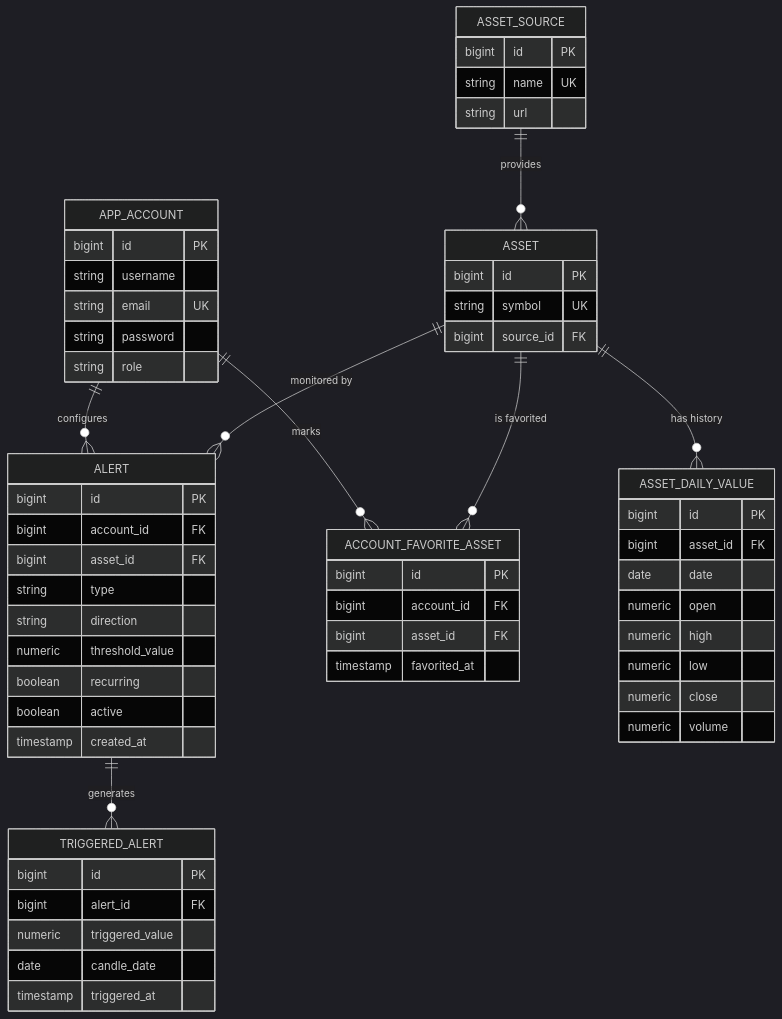
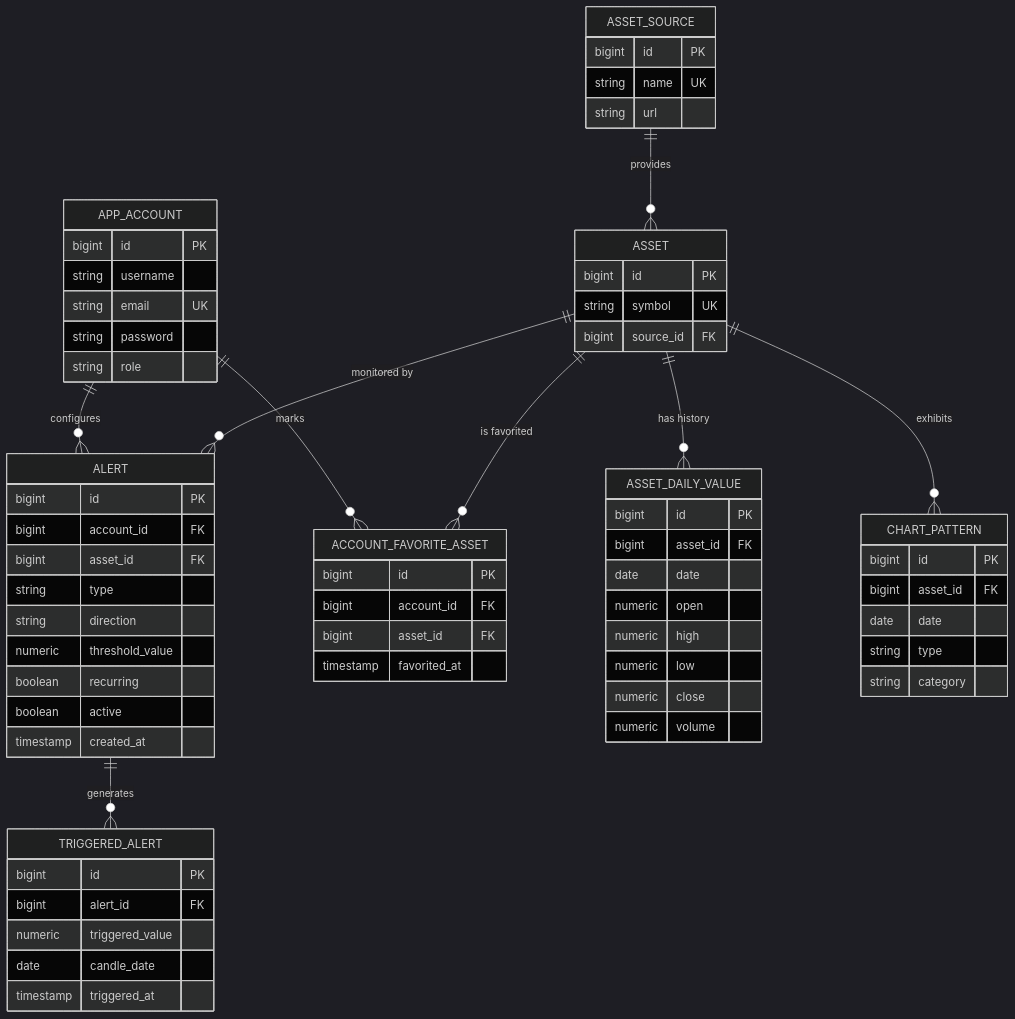
The diagram in DB.md (univ-smb-m1-isc-2026/your-trading-assistant-api), drawn with Mermaid (dark theme) before and after one commit. The commit also changed other lines of this file and 17 other files, not shown here.

First line of the commit message:
feat: implement chart pattern detection and management API

````diff
--- a/DB.md
+++ b/DB.md
@@ -7,62 +7,70 @@
 ```mermaid
 erDiagram
     APP_ACCOUNT ||--o{ ALERT : "configures"
     APP_ACCOUNT ||--o{ ACCOUNT_FAVORITE_ASSET : "marks"
     ASSET_SOURCE ||--o{ ASSET : "provides"
     ASSET ||--o{ ASSET_DAILY_VALUE : "has history"
     ASSET ||--o{ ALERT : "monitored by"
     ASSET ||--o{ ACCOUNT_FAVORITE_ASSET : "is favorited"
+    ASSET ||--o{ CHART_PATTERN : "exhibits"
     ALERT ||--o{ TRIGGERED_ALERT : "generates"
 
     APP_ACCOUNT {
         bigint id PK
         string username
         string email UK
         string password
         string role
     }
     ASSET_SOURCE {
         bigint id PK
         string name UK
         string url
     }
     ASSET {
         bigint id PK
         string symbol UK
         bigint source_id FK
     }
     ASSET_DAILY_VALUE {
         bigint id PK
         bigint asset_id FK
         date date
         numeric open
         numeric high
         numeric low
         numeric close
         numeric volume
     }
     ALERT {
         bigint id PK
         bigint account_id FK
         bigint asset_id FK
         string type
         string direction
         numeric threshold_value
         boolean recurring
         boolean active
         timestamp created_at
     }
     TRIGGERED_ALERT {
         bigint id PK
         bigint alert_id FK
         numeric triggered_value
         date candle_date
         timestamp triggered_at
     }
+    CHART_PATTERN {
+        bigint id PK
+        bigint asset_id FK
+        date date
+        string type
+        string category
+    }
     ACCOUNT_FAVORITE_ASSET {
         bigint id PK
         bigint account_id FK
         bigint asset_id FK
         timestamp favorited_at
     }
 ```
````
